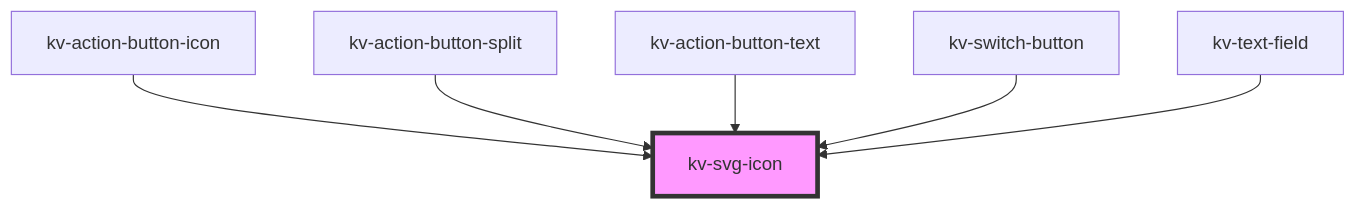
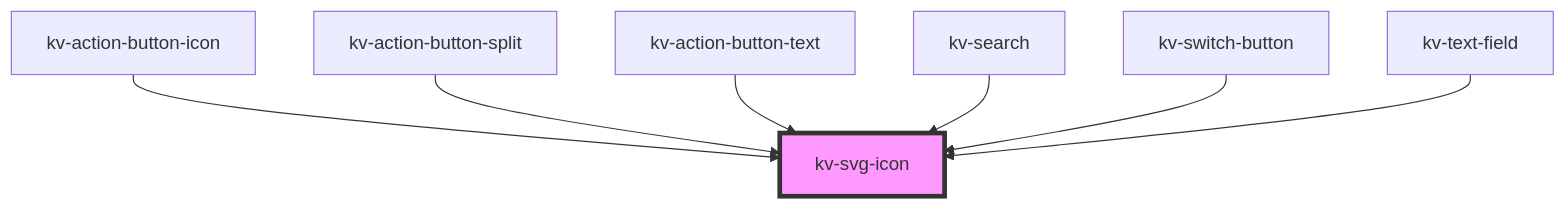
One commit to kelvininc/ui-components changed the diagram in packages/ui-components/src/components/svg-icon/readme.md. Above: the diagram before and after it, drawn with Mermaid. The commit also changed other lines of this file and 18 other files, not shown here.

````diff
--- a/packages/ui-components/src/components/svg-icon/readme.md
+++ b/packages/ui-components/src/components/svg-icon/readme.md
@@ -125,9 +126,10 @@
 ```mermaid
 graph TD;
   kv-action-button-icon --> kv-svg-icon
   kv-action-button-split --> kv-svg-icon
   kv-action-button-text --> kv-svg-icon
+  kv-search --> kv-svg-icon
   kv-switch-button --> kv-svg-icon
   kv-text-field --> kv-svg-icon
   style kv-svg-icon fill:#f9f,stroke:#333,stroke-width:4px
 ```
````
